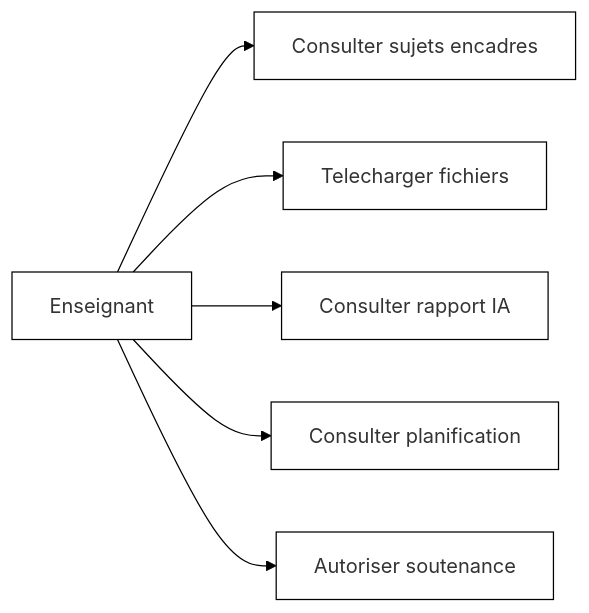
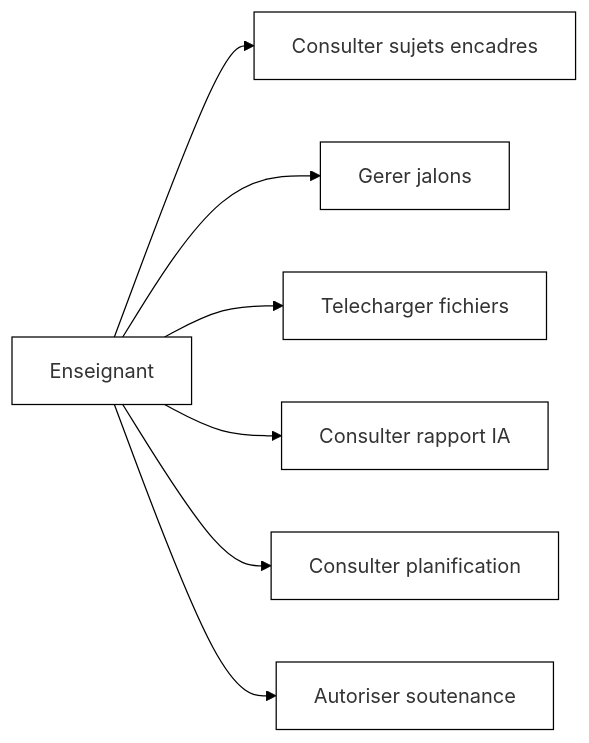
One commit to DavidMwangaza/TFC-Manager changed the fourth of 13 diagrams in DIAGRAMMES-PAR-FIGURE-NB.md. Above: the diagram before and after it, drawn with Mermaid. The commit also changed other lines of this file and 42 other files, not shown here.

````diff
--- a/DIAGRAMMES-PAR-FIGURE-NB.md
+++ b/DIAGRAMMES-PAR-FIGURE-NB.md
@@ -54,9 +57,10 @@
 ```mermaid
 %%{init: {'theme':'base','themeVariables': {'background':'#ffffff','primaryColor':'#ffffff','primaryBorderColor':'#000000','lineColor':'#000000','textColor':'#000000'}}}%%
 graph LR
     T[Enseignant] --> A[Consulter sujets encadres]
+    T --> A2[Gerer jalons]
     T --> B[Telecharger fichiers]
     T --> C[Consulter rapport IA]
     T --> D[Consulter planification]
     T --> E[Autoriser soutenance]
 ```
````
